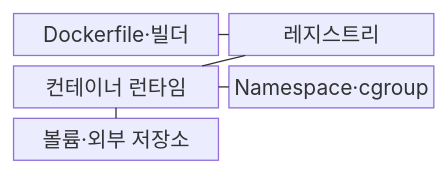
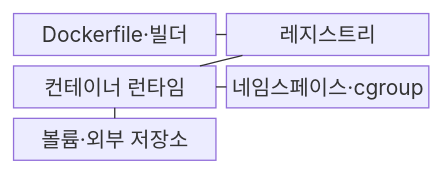
Before and after one commit to agnusdei1207/knowledge-base: the first of 2 diagrams in src/content/docs/notes/03-software/150_docker_container.md, drawn with Mermaid. The commit also changed other lines of this file and 20 other files, not shown here.

````diff
--- a/src/content/docs/notes/03-software/150_docker_container.md
+++ b/src/content/docs/notes/03-software/150_docker_container.md
@@ -54,13 +62,13 @@
 ```mermaid
-block-beta
+block
     columns 2
     B["Dockerfile·빌더"]
     R["레지스트리"]
     C["컨테이너 런타임"]
-    K["Namespace·cgroup"]
+    K["네임스페이스·cgroup"]
     V["볼륨·외부 저장소"]
     B --- R
     R --- C
     C --- K
     C --- V
 ```
````
